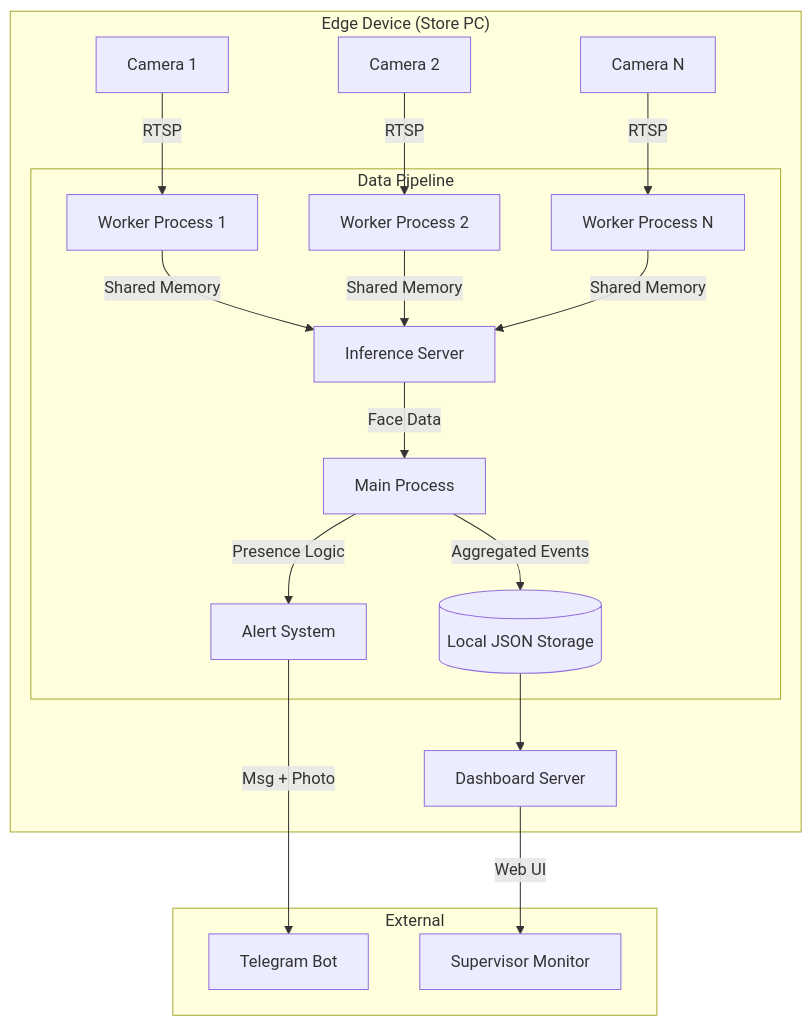
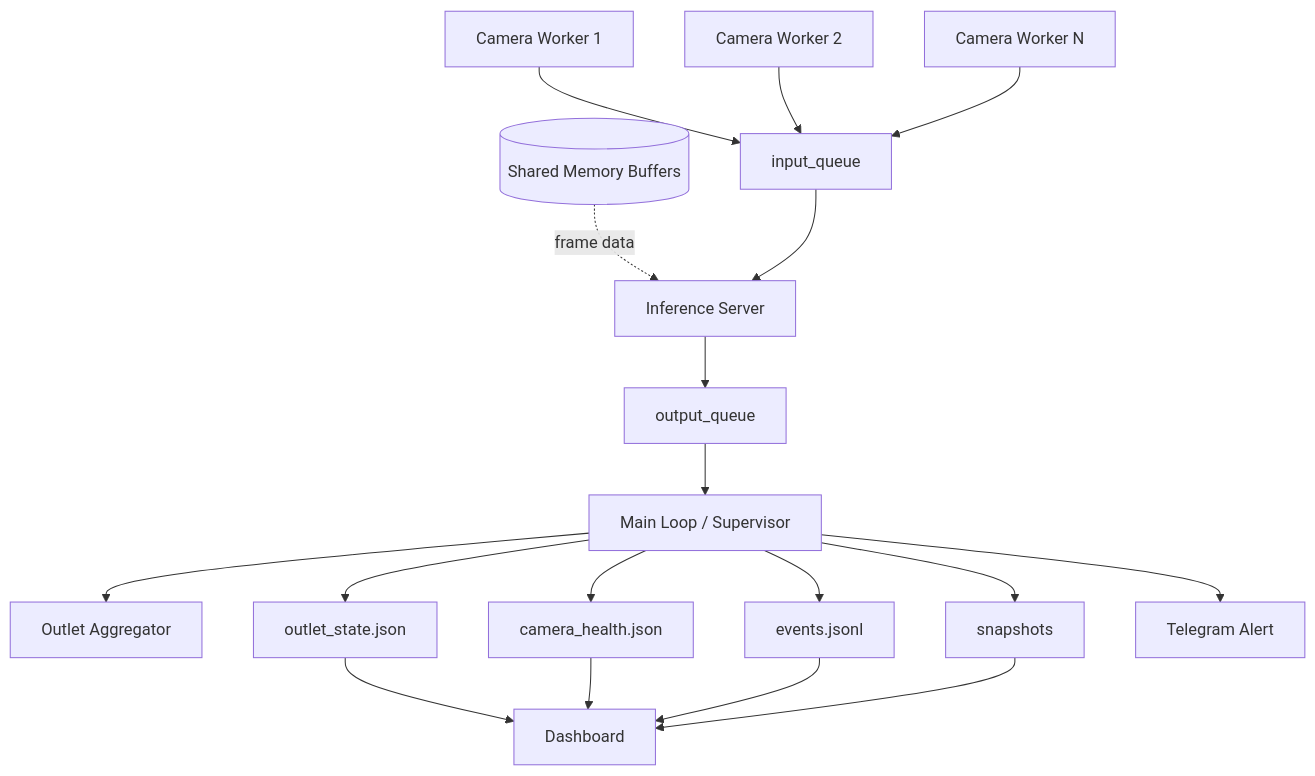
One commit to Nanaacaw/face_recognition- changed the diagram in README.md. Above: the diagram before and after it, drawn with Mermaid. The commit also changed other lines of this file and 3 other files, not shown here.

Commit message:
feat: update configuration files to enhance camera settings and add ROI parameters for improved face recognition

````diff
--- a/README.md
+++ b/README.md
@@ -7,23 +28,23 @@
 ```mermaid
 graph TD
-    subgraph "Edge Device (Store PC)"
-        Cam1[Camera 1] -->|RTSP| Worker1[Worker Process 1]
-        Cam2[Camera 2] -->|RTSP| Worker2[Worker Process 2]
-        CamN[Camera N] -->|RTSP| WorkerN[Worker Process N]
-        
-        subgraph "Data Pipeline"
-            Worker1 & Worker2 & WorkerN -->|Shared Memory| InfServer[Inference Server]
-            InfServer -->|Face Data| MainProc[Main Process]
-            
-            MainProc -->|Aggregated Events| DB[(Local JSON Storage)]
-            MainProc -->|Presence Logic| AlertSys[Alert System]
-        end
-        
-        DB --> Dashboard[Dashboard Server]
-    end
-    
-    subgraph "External"
-        AlertSys -->|Msg + Photo| Telegram[Telegram Bot]
-        Dashboard -->|Web UI| Browser[Supervisor Monitor]
-    end
+    Cam1[Camera Worker 1] --> InQ[input_queue]
+    Cam2[Camera Worker 2] --> InQ
+    CamN[Camera Worker N] --> InQ
+
+    SHM[(Shared Memory Buffers)] -. frame data .-> INF[Inference Server]
+    InQ --> INF
+    INF --> OutQ[output_queue]
+    OutQ --> MAIN[Main Loop / Supervisor]
+
+    MAIN --> AGG[Outlet Aggregator]
+    MAIN --> STATE[outlet_state.json]
+    MAIN --> HEALTH[camera_health.json]
+    MAIN --> EVENTS[events.jsonl]
+    MAIN --> SNAP[snapshots]
+    MAIN --> TG[Telegram Alert]
+
+    STATE --> DASH[Dashboard]
+    HEALTH --> DASH
+    EVENTS --> DASH
+    SNAP --> DASH
 ```
````
